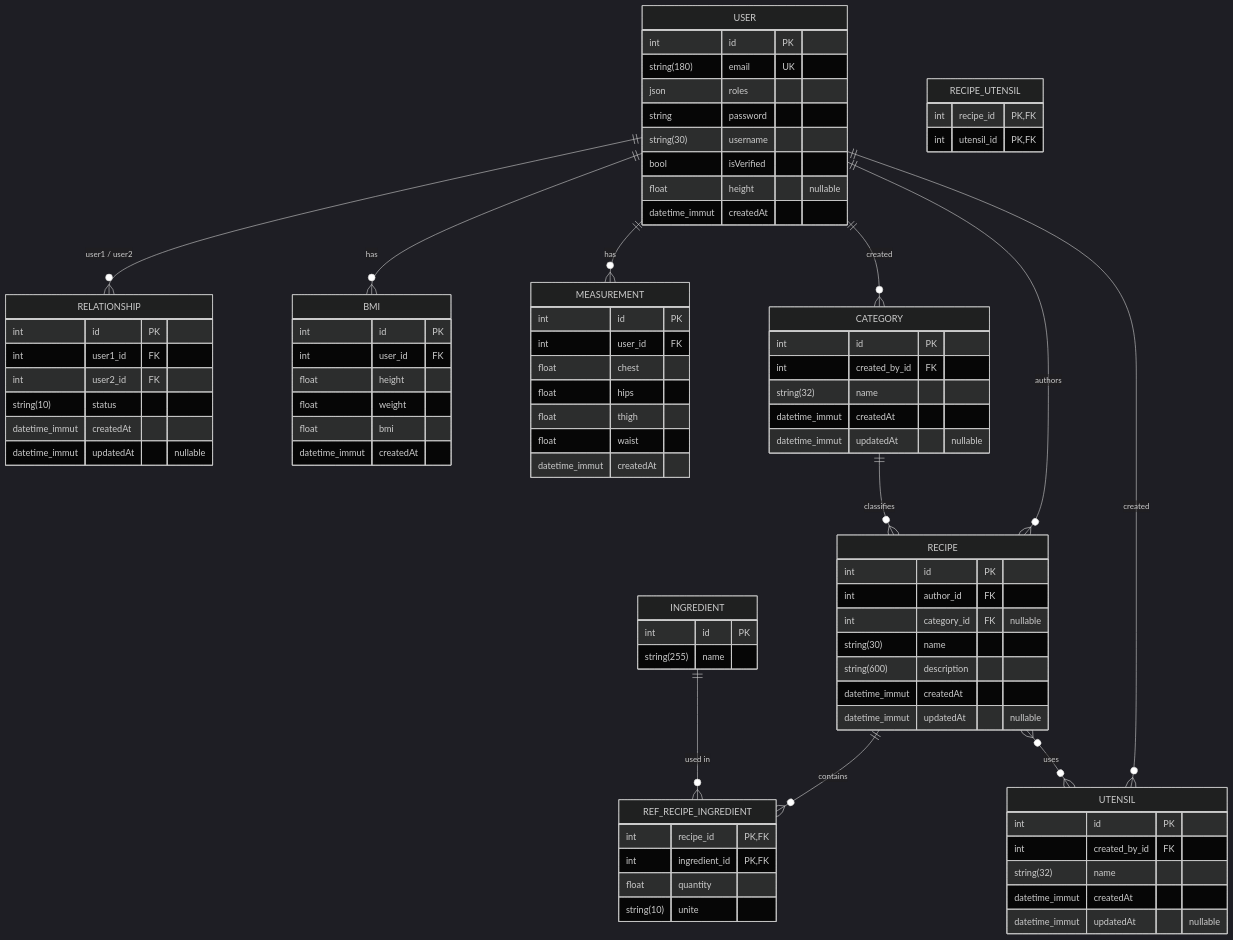
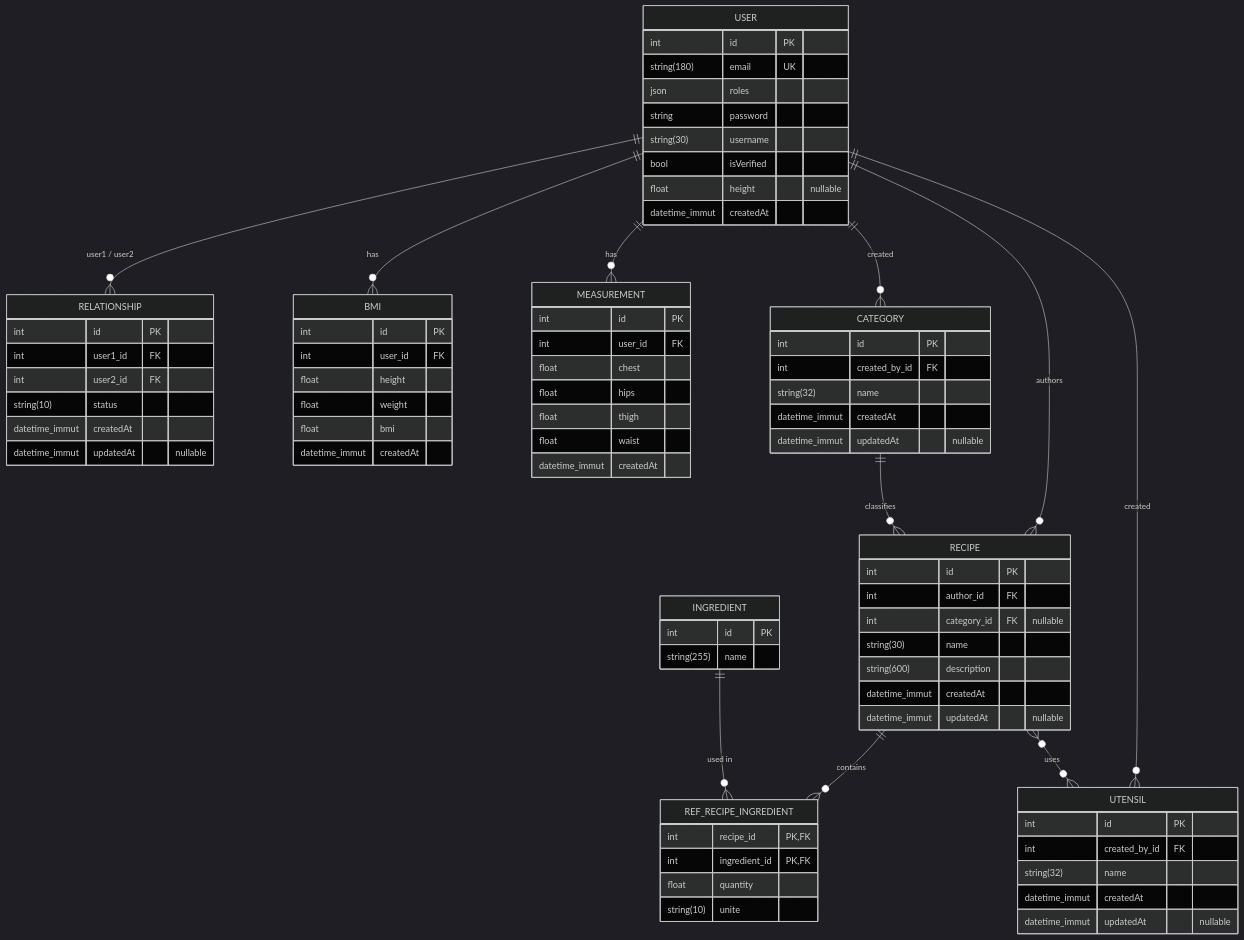
One commit to EECKHOUTRemi/MesApplisHF changed the diagram in README.md. Above: the diagram before and after it, drawn with Mermaid (dark theme).

````diff
--- a/README.md
+++ b/README.md
@@ -176,9 +176,4 @@
         datetime_immut  createdAt
         datetime_immut  updatedAt "nullable"
     }
-
-    RECIPE_UTENSIL {
-        int             recipe_id PK,FK
-        int             utensil_id PK,FK
-    }
 ```
````
